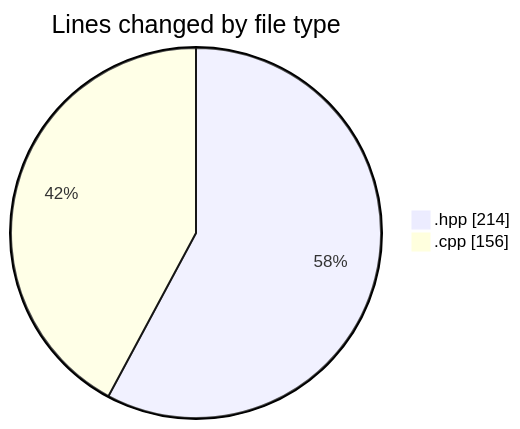
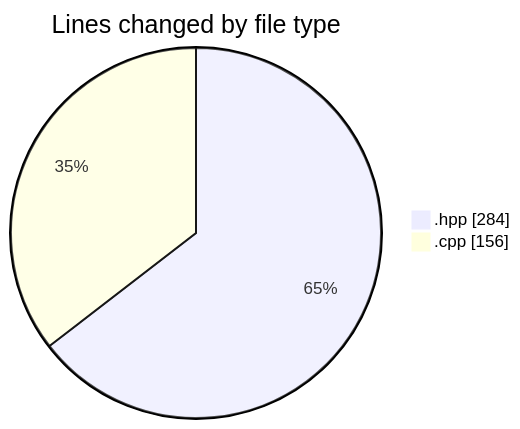
The first of 2 diagrams in 2025-04-22/echo/README.md (Netris89/code-tracking), drawn with Mermaid before and after one commit. The commit also changed other lines of this file and 1 other file, not shown here.

````diff
--- a/2025-04-22/echo/README.md
+++ b/2025-04-22/echo/README.md
@@ -22,6 +22,6 @@
 ```mermaid
 pie showData
 title Lines changed by file type
-".hpp" : 214
+".hpp" : 284
 ".cpp" : 156
 ```
````
